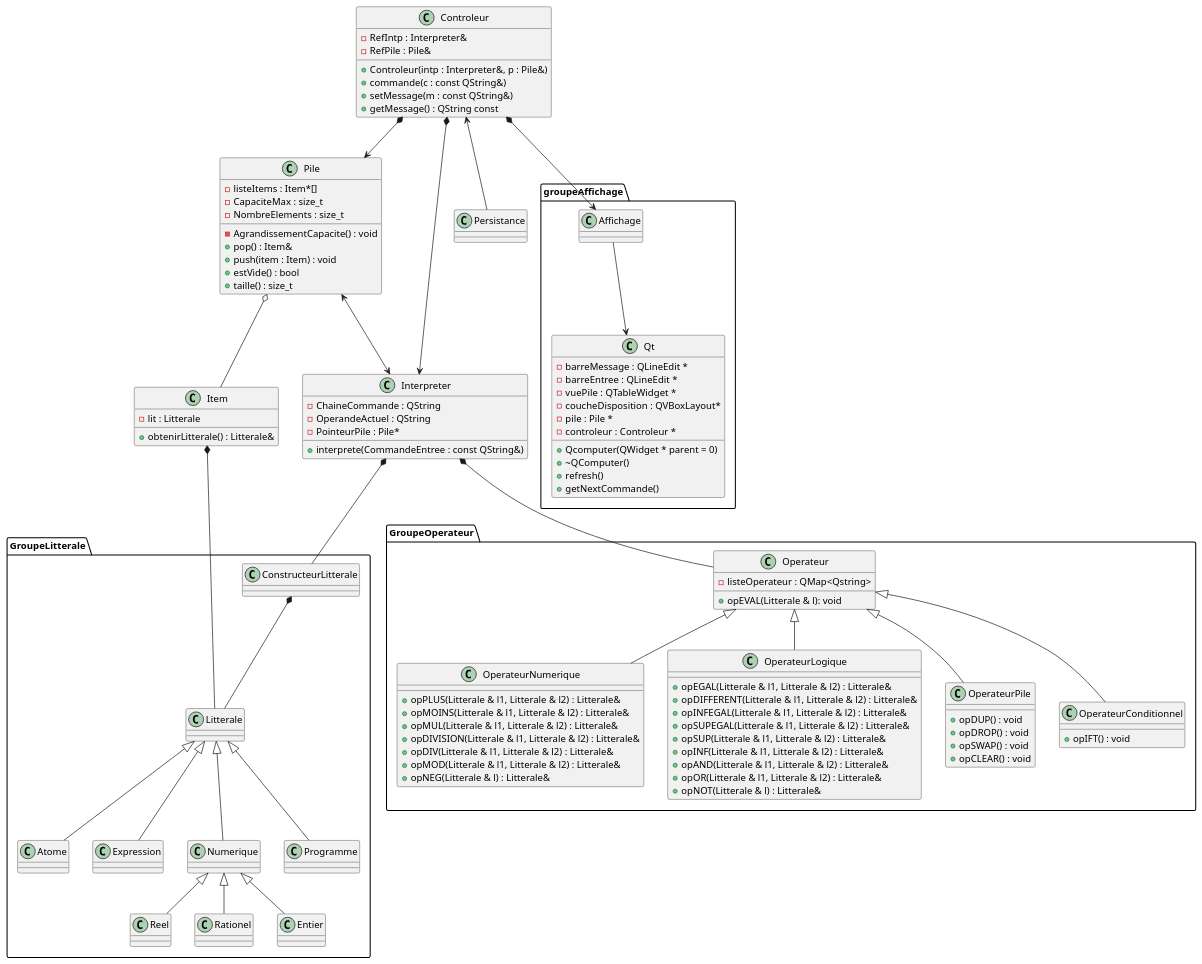
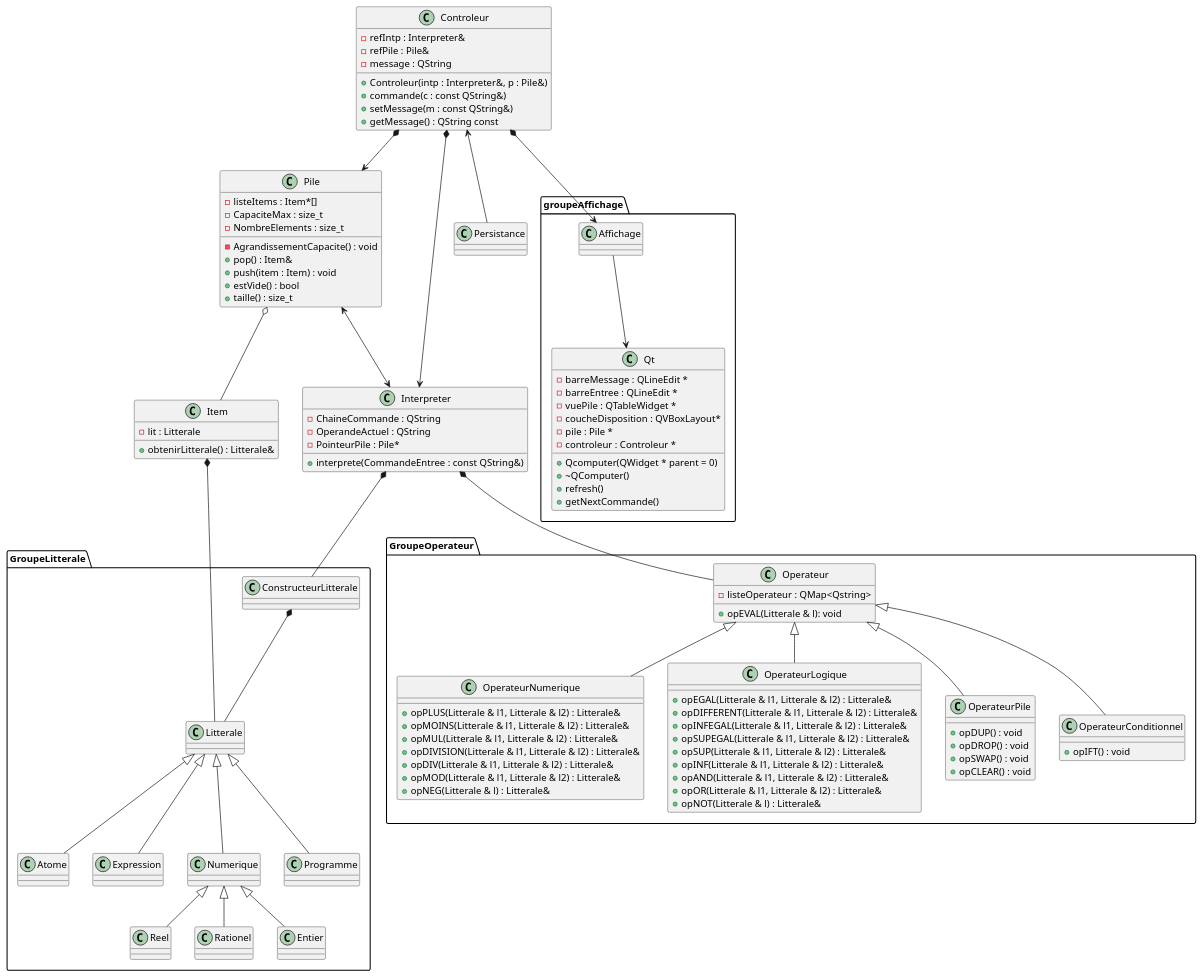
One commit to LouisJeanneau/LO21-Projet-CompUT changed the diagram in UML.puml. Above: the diagram before and after it, drawn with PlantUML.

Commit message:
Ajout attribut Controleur

```diff
--- a/UML.puml
+++ b/UML.puml
@@ -1,175 +1,176 @@
 @startuml
 
 package "GroupeLitterale" {
     Class Litterale{
 
     }
 
     Class ConstructeurLitterale{
 
     }
 
     Class Atome{
 
     }
 
     Class Expression{
 
     }
 
     Class Numerique{
 
     }
 
     Class Reel{
 
     }
 
     Class Rationel{
 
     }
 
     Class Entier{
 
     }
 
     Class Programme{
 
     }
 
 }
 
 
 Class Item{
     -lit : Litterale
     +obtenirLitterale() : Litterale&
 }
 
 package "GroupeOperateur" {
 
 Class Operateur{
     -listeOperateur : QMap<Qstring>
     +opEVAL(Litterale & l): void
 }
 
 Class OperateurNumerique {
     +opPLUS(Litterale & l1, Litterale & l2) : Litterale&
     +opMOINS(Litterale & l1, Litterale & l2) : Litterale&
     +opMUL(Litterale & l1, Litterale & l2) : Litterale&
     +opDIVISION(Litterale & l1, Litterale & l2) : Litterale&
     +opDIV(Litterale & l1, Litterale & l2) : Litterale&
     +opMOD(Litterale & l1, Litterale & l2) : Litterale&
     +opNEG(Litterale & l) : Litterale&
 }
 
 Class OperateurLogique {
     +opEGAL(Litterale & l1, Litterale & l2) : Litterale&
     +opDIFFERENT(Litterale & l1, Litterale & l2) : Litterale&
     +opINFEGAL(Litterale & l1, Litterale & l2) : Litterale&
     +opSUPEGAL(Litterale & l1, Litterale & l2) : Litterale&
     +opSUP(Litterale & l1, Litterale & l2) : Litterale&
     +opINF(Litterale & l1, Litterale & l2) : Litterale&
     +opAND(Litterale & l1, Litterale & l2) : Litterale&
     +opOR(Litterale & l1, Litterale & l2) : Litterale&
     +opNOT(Litterale & l) : Litterale&
 
 
 }
 
 Class OperateurPile {
     +opDUP() : void
     +opDROP() : void
     +opSWAP() : void 
     +opCLEAR() : void
 }
 
 Class OperateurConditionnel {
     +opIFT() : void
 }
 
 
 
 }
 
 
 Class Pile{
     -listeItems : Item*[]
     -CapaciteMax : size_t
     -NombreElements : size_t
     -AgrandissementCapacite() : void
     +pop() : Item&
     +push(item : Item) : void
     +estVide() : bool
     +taille() : size_t
 
 
 
 }
 
 Class Interpreter{
     -ChaineCommande : QString
     -OperandeActuel : QString
     -PointeurPile : Pile*
     +interprete(CommandeEntree : const QString&)
 }
 
 Class Controleur{
-    -RefIntp : Interpreter&
-    -RefPile : Pile&
+    -refIntp : Interpreter&
+    -refPile : Pile&
+    -message : QString
     +Controleur(intp : Interpreter&, p : Pile&)
     +commande(c : const QString&)
     +setMessage(m : const QString&)
     +getMessage() : QString const
 }
 
 Class Persistance{
 
 }
 
 package "groupeAffichage" {
 
     Class Affichage{
 
     }
 
     Class Qt {
 	-barreMessage : QLineEdit *
 	-barreEntree : QLineEdit *
 	-vuePile : QTableWidget *
 	-coucheDisposition : QVBoxLayout*
 	-pile : Pile *
 	-controleur : Controleur *
 	+Qcomputer(QWidget * parent = 0)
 	+~QComputer()
 	+refresh()
 	+getNextCommande()
     }
 
 }
 
 Litterale <|-- Programme
 Litterale <|-- Numerique
 Litterale <|-- Expression
 Litterale <|-- Atome
 Numerique <|-- Reel
 Numerique <|-- Rationel
 Numerique <|-- Entier
 
 Operateur <|-- OperateurNumerique
 Operateur <|-- OperateurLogique
 Operateur <|-- OperateurPile
 Operateur <|-- OperateurConditionnel 
 
 ConstructeurLitterale *-- Litterale
 Interpreter *-- Operateur
 Interpreter *-- ConstructeurLitterale
 Item *-- Litterale
 Pile o-- Item
 Pile <--> Interpreter
 Controleur *--> Interpreter
 Controleur *--> Pile
 Controleur <-- Persistance
 Controleur *--> Affichage
 Affichage --> Qt
 
 @enduml
```
